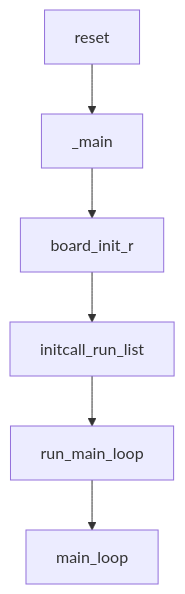
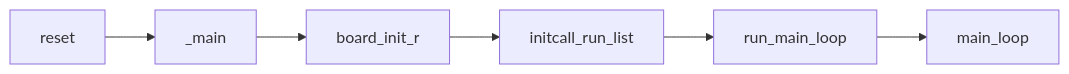
The first of 2 diagrams in uboot/index.md (mengdemao/mengdemao.github.io), drawn with Mermaid before and after one commit. The commit also changed other lines of this file and 11 other files, not shown here.

````diff
--- a/uboot/index.md
+++ b/uboot/index.md
@@ -32,13 +593,13 @@
 ```mermaid
-graph TD
+graph LR
 
 reset --> _main
 
 _main --> board_init_r
 
 board_init_r --> initcall_run_list
 
 initcall_run_list --> run_main_loop
 
 run_main_loop --> main_loop
 ```
````
